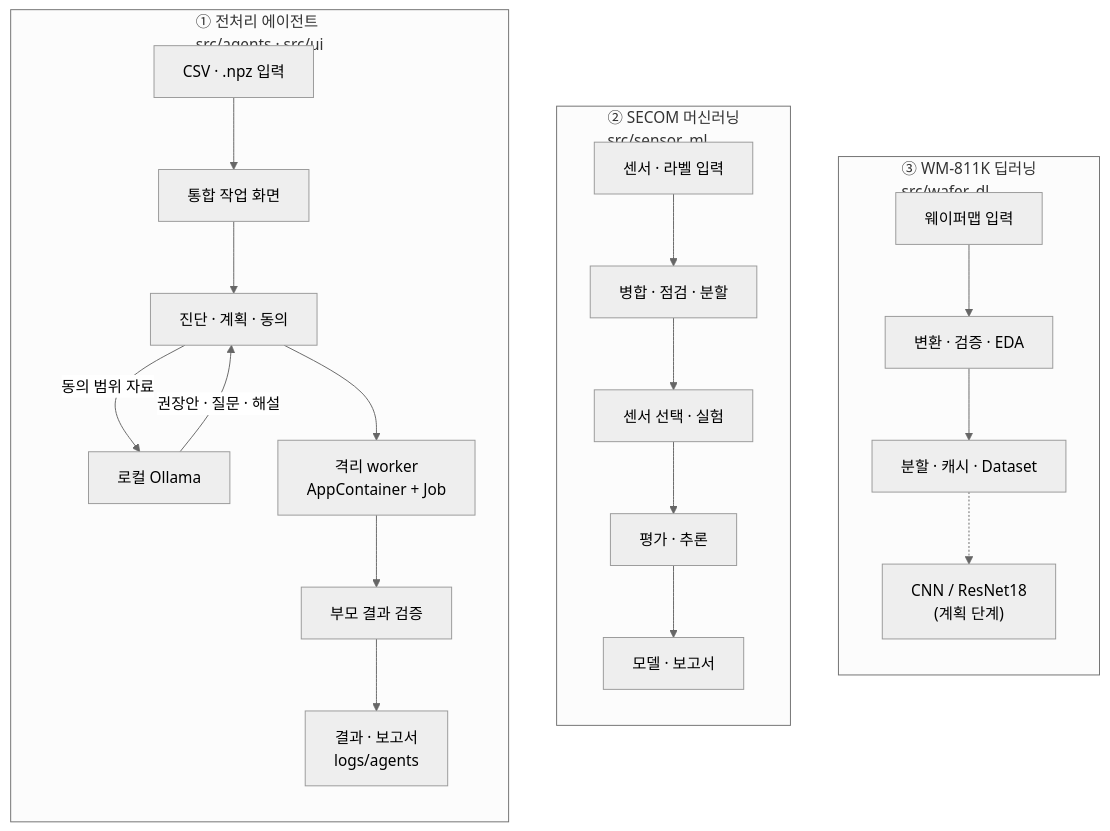
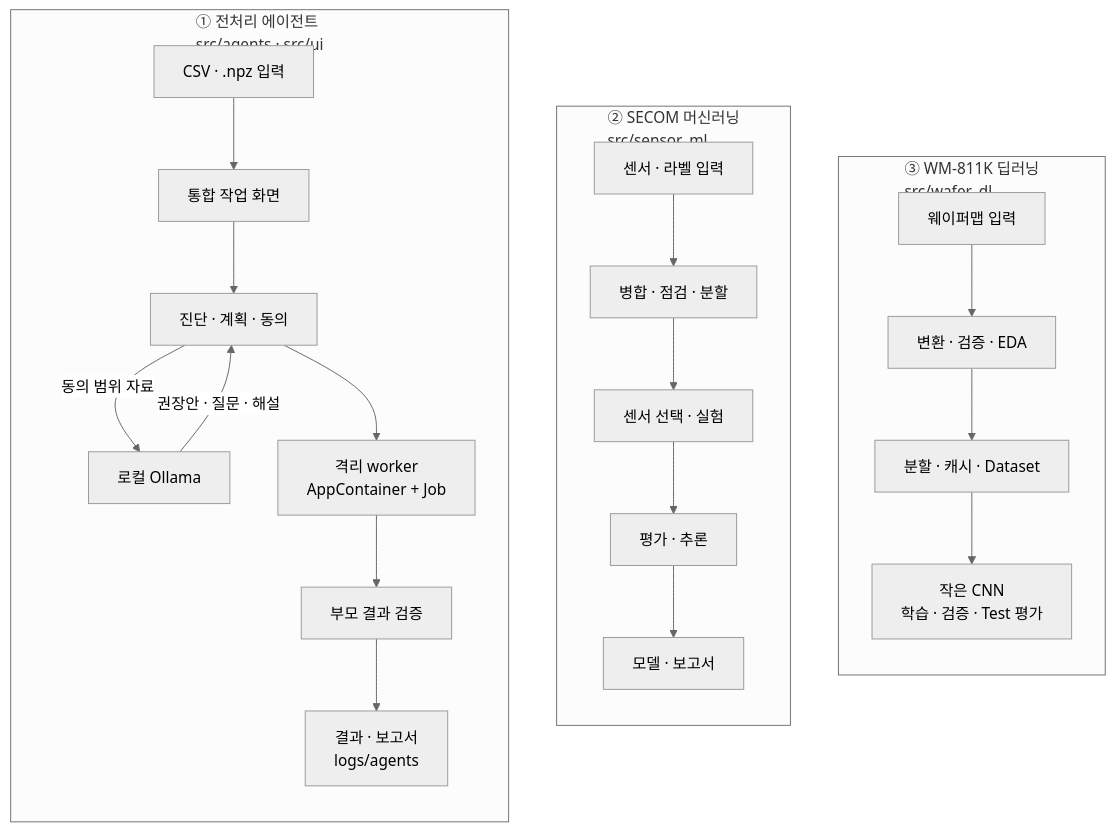
One commit to didgustmd23/waferguard changed the diagram in README.md. Above: the diagram before and after it, drawn with Mermaid (neutral theme). The commit also changed other lines of this file and 13 other files, not shown here.

````diff
--- a/README.md
+++ b/README.md
@@ -25,31 +25,31 @@
 ```mermaid
 flowchart LR
     subgraph AG["① 전처리 에이전트<br/>src/agents · src/ui"]
         direction TB
         AI["CSV · .npz 입력"] --> UI["통합 작업 화면"]
         UI --> CO["진단 · 계획 · 동의"]
         CO -->|동의 범위 자료| LLM["로컬 Ollama"]
         LLM -->|권장안 · 질문 · 해설| CO
         CO --> WK["격리 worker<br/>AppContainer + Job"]
         WK --> VR["부모 결과 검증"]
         VR --> AO["결과 · 보고서<br/>logs/agents"]
     end
 
     subgraph ML["② SECOM 머신러닝<br/>src/sensor_ml"]
         direction TB
         SI["센서 · 라벨 입력"] --> MP["병합 · 점검 · 분할"]
         MP --> ME["센서 선택 · 실험"]
         ME --> MV["평가 · 추론"]
         MV --> SO["모델 · 보고서"]
     end
 
     subgraph WM["③ WM-811K 딥러닝<br/>src/wafer_dl"]
         direction TB
         WI["웨이퍼맵 입력"] --> DP["변환 · 검증 · EDA"]
         DP --> DS["분할 · 캐시 · Dataset"]
-        DS -.-> DM["CNN / ResNet18<br/>(계획 단계)"]
+        DS --> DM["작은 CNN<br/>학습 · 검증 · Test 평가"]
     end
 
     %% 보이지 않는 연결: 세 영역을 왼쪽부터 나란히 배치하기 위한 것이며 실행·데이터 흐름이 아니다.
     AG ~~~ ML ~~~ WM
 ```
````
